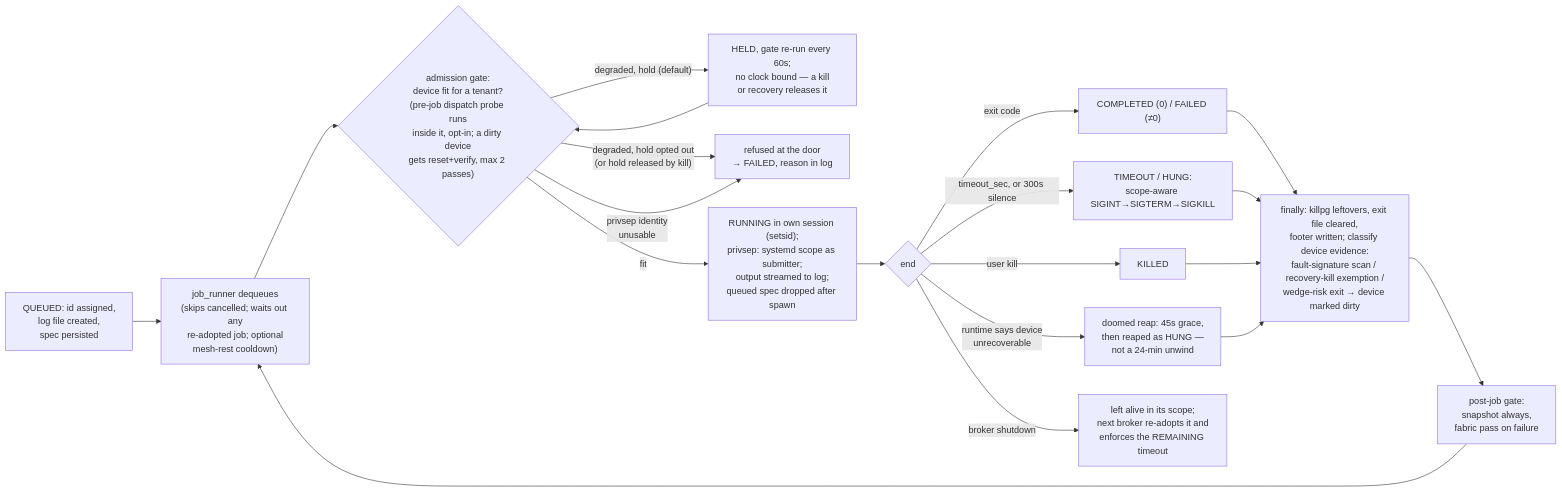
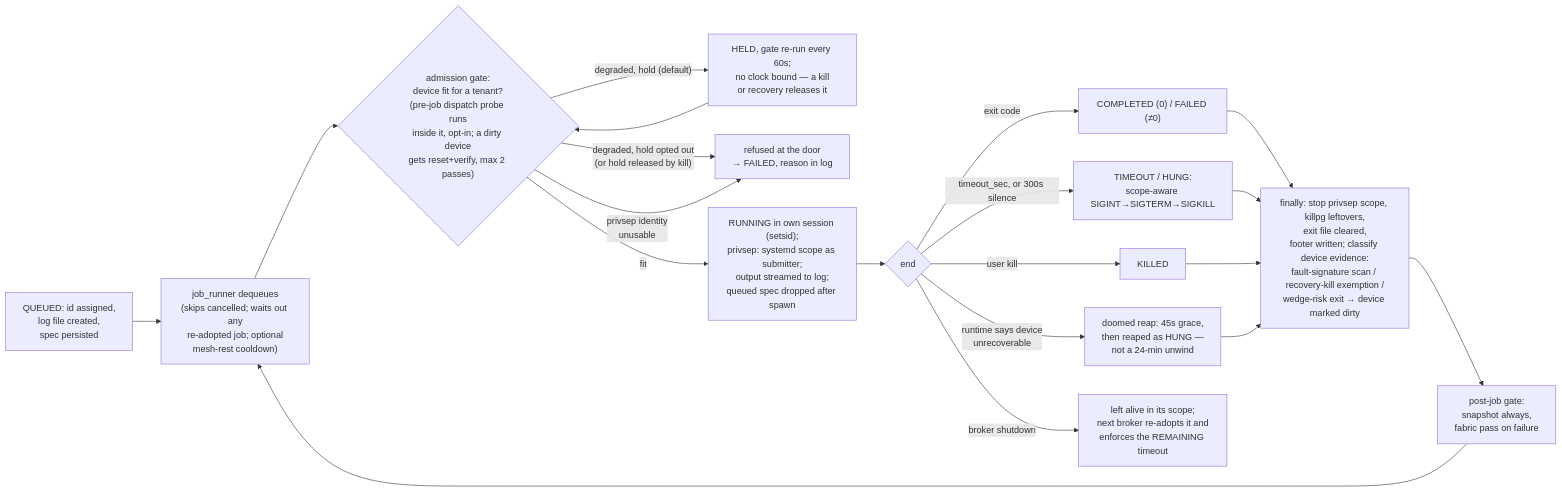
Before and after one commit to tenstorrent/tt-device-mcp: the diagram in specs/01-jobs.md, drawn with Mermaid. The commit also changed other lines of this file and 3 other files, not shown here.

First line of the commit message:
jobs: stop a finished privsep job's scope; no dispatch beside a foreign holder

````diff
--- a/specs/01-jobs.md
+++ b/specs/01-jobs.md
@@ -117,21 +126,21 @@
 ```mermaid
 flowchart LR
   Q["QUEUED: id assigned,<br>log file created,<br>spec persisted"] --> D["job_runner dequeues<br>(skips cancelled; waits out any<br>re-adopted job; optional<br>mesh-rest cooldown)"]
   D --> G{"admission gate:<br>device fit for a tenant?<br>(pre-job dispatch probe runs<br>inside it, opt-in; a dirty device<br>gets reset+verify, max 2 passes)"}
   G -->|"degraded, hold (default)"| H["HELD, gate re-run every 60s;<br>no clock bound — a kill<br>or recovery releases it"] --> G
   G -->|"degraded, hold opted out<br>(or hold released by kill)"| RF["refused at the door<br>→ FAILED, reason in log"]
   G -->|"privsep identity<br>unusable"| RF
   G -->|fit| R["RUNNING in own session (setsid);<br>privsep: systemd scope as submitter;<br>output streamed to log;<br>queued spec dropped after spawn"]
   R --> E{end}
   E -->|exit code| C["COMPLETED (0) / FAILED (≠0)"]
   E -->|"timeout_sec, or 300s silence"| K["TIMEOUT / HUNG:<br>scope-aware SIGINT→SIGTERM→SIGKILL"]
   E -->|"user kill"| KD["KILLED"]
   E -->|"runtime says device<br>unrecoverable"| DM["doomed reap: 45s grace,<br>then reaped as HUNG —<br>not a 24-min unwind"]
   E -->|"broker shutdown"| A["left alive in its scope;<br>next broker re-adopts it and<br>enforces the REMAINING timeout"]
   C --> P
   K --> P
   KD --> P
   DM --> P
-  P["finally: killpg leftovers, exit file cleared,<br>footer written; classify device evidence:<br>fault-signature scan / recovery-kill exemption /<br>wedge-risk exit → device marked dirty"] --> PJ["post-job gate:<br>snapshot always,<br>fabric pass on failure"]
+  P["finally: stop privsep scope, killpg leftovers,<br>exit file cleared,<br>footer written; classify device evidence:<br>fault-signature scan / recovery-kill exemption /<br>wedge-risk exit → device marked dirty"] --> PJ["post-job gate:<br>snapshot always,<br>fabric pass on failure"]
   PJ --> D
 ```
````
